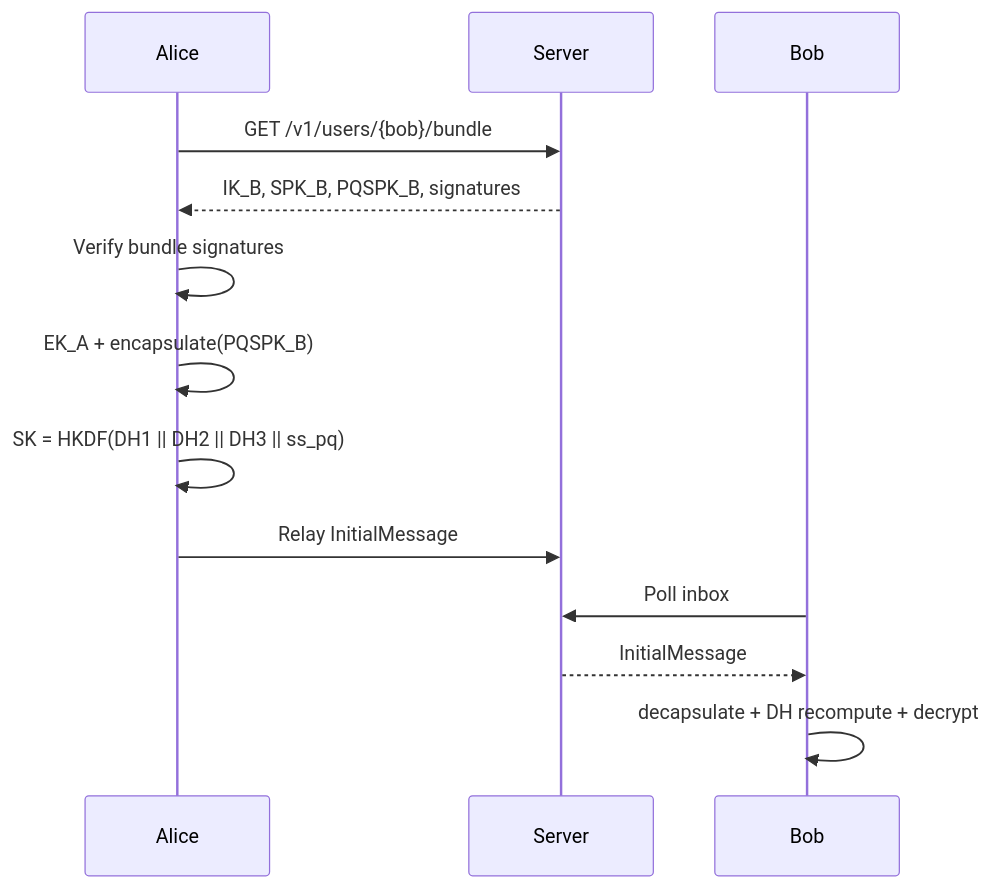
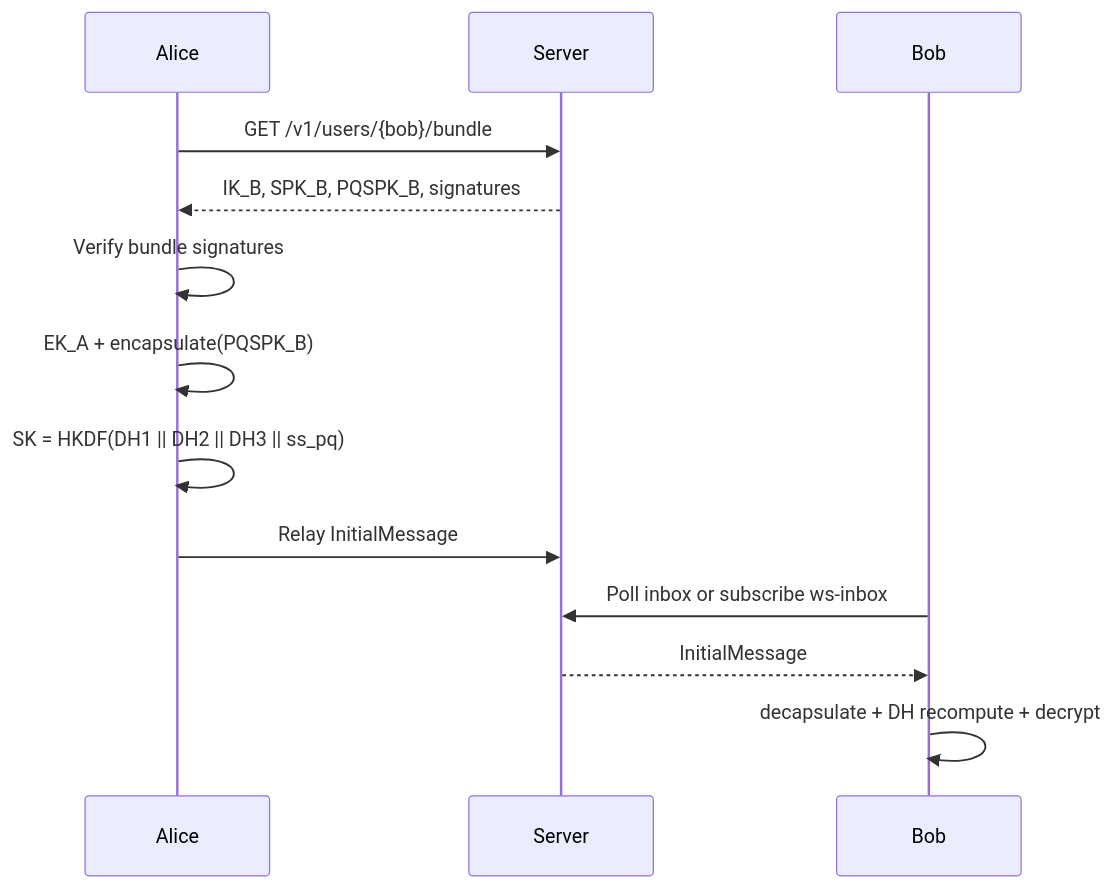
Before and after one commit to ErenAri/post-quantum-messaging-app: the diagram in docs/SPEC.md, drawn with Mermaid. The commit also changed other lines of this file and 36 other files, not shown here.

````diff
--- a/docs/SPEC.md
+++ b/docs/SPEC.md
@@ -19,15 +19,15 @@
 ```mermaid
 sequenceDiagram
     participant A as Alice
     participant S as Server
     participant B as Bob
     A->>S: GET /v1/users/{bob}/bundle
     S-->>A: IK_B, SPK_B, PQSPK_B, signatures
     A->>A: Verify bundle signatures
     A->>A: EK_A + encapsulate(PQSPK_B)
     A->>A: SK = HKDF(DH1 || DH2 || DH3 || ss_pq)
     A->>S: Relay InitialMessage
-    B->>S: Poll inbox
+    B->>S: Poll inbox or subscribe ws-inbox
     S-->>B: InitialMessage
     B->>B: decapsulate + DH recompute + decrypt
 ```
````
